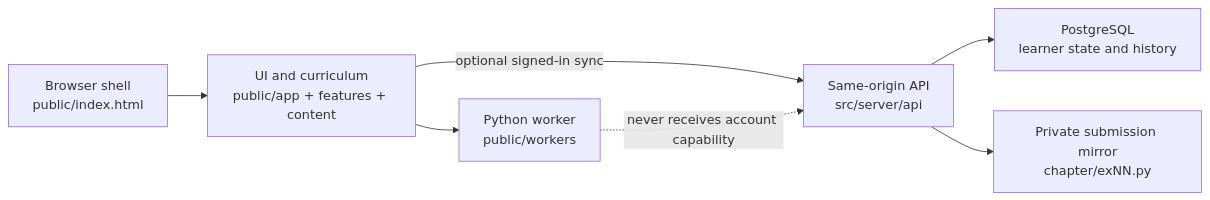
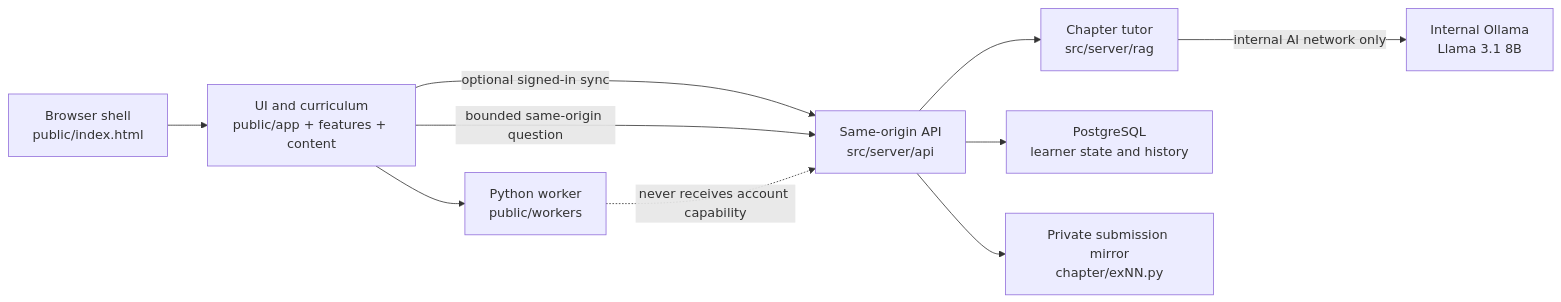
One commit to Juskocode/Python-EduGround changed the diagram in docs/ARCHITECTURE.md. Above: the diagram before and after it, drawn with Mermaid. The commit also changed other lines of this file and 9 other files, not shown here.

````diff
--- a/docs/ARCHITECTURE.md
+++ b/docs/ARCHITECTURE.md
@@ -234,16 +240,21 @@
 ```mermaid
 flowchart LR
   Browser["Browser shell<br/>public/index.html"]
   App["UI and curriculum<br/>public/app + features + content"]
   Worker["Python worker<br/>public/workers"]
   API["Same-origin API<br/>src/server/api"]
+  RAG["Chapter tutor<br/>src/server/rag"]
+  Ollama["Internal Ollama<br/>Llama 3.1 8B"]
   Store["PostgreSQL<br/>learner state and history"]
   Files["Private submission mirror<br/>chapter/exNN.py"]
 
   Browser --> App
   App --> Worker
   App -->|"optional signed-in sync"| API
+  App -->|"bounded same-origin question"| API
+  API --> RAG
+  RAG -->|"internal AI network only"| Ollama
   API --> Store
   API --> Files
   Worker -. "never receives account capability" .-> API
 ```
````
